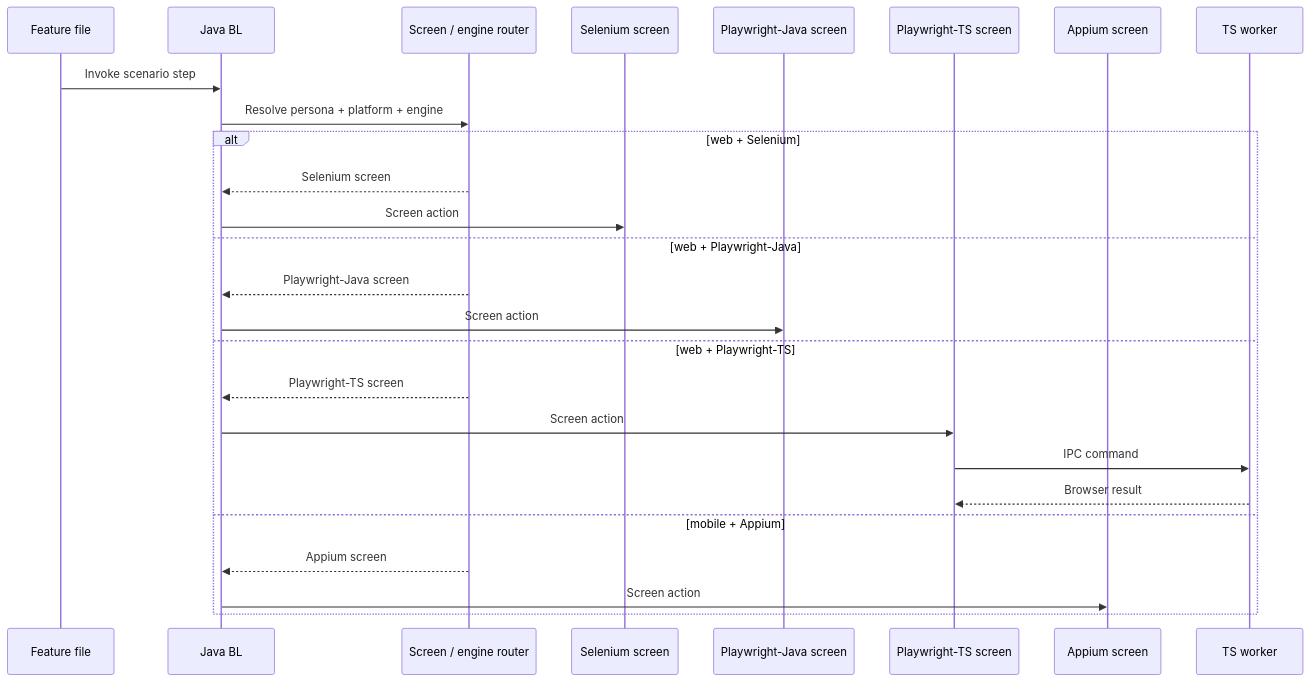
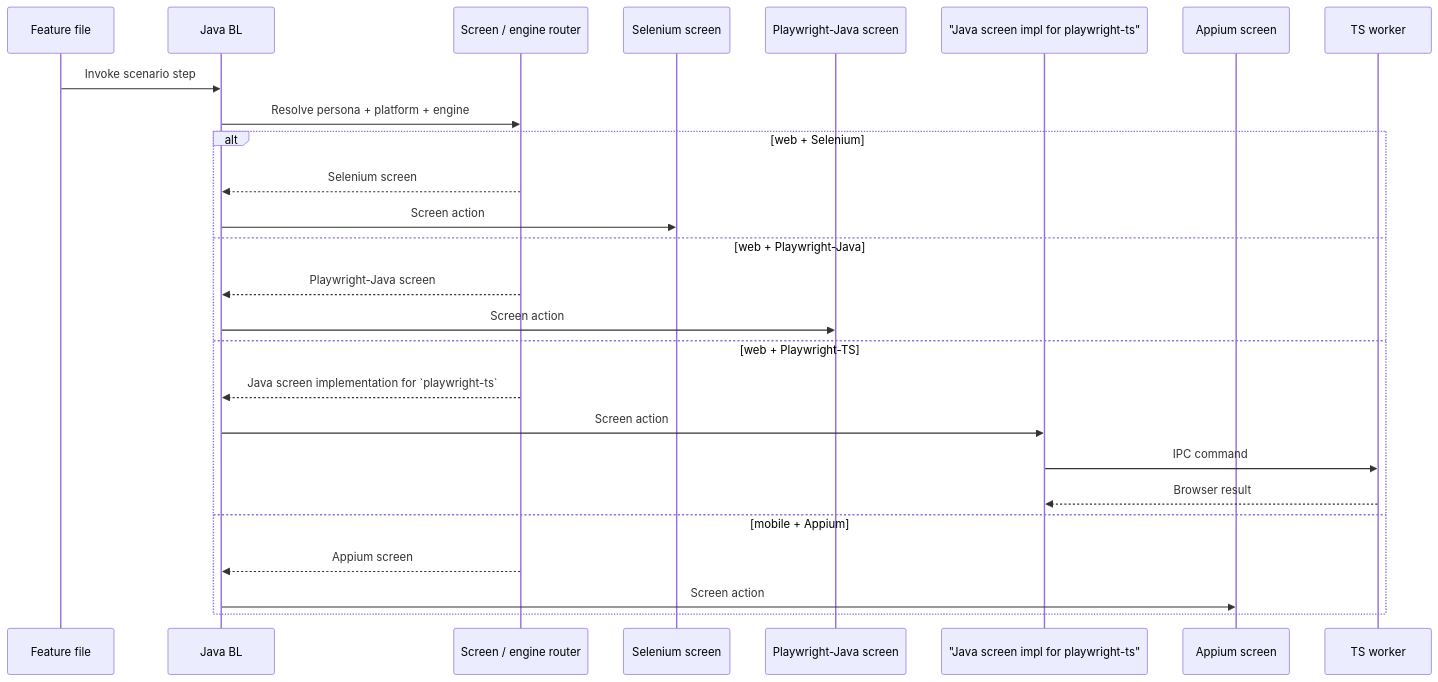
Before and after one commit to znsio/teswiz: the second of 3 diagrams in docs/Architecture-README.md, drawn with Mermaid. The commit also changed other lines of this file and 6 other files, not shown here.

Commit message:
Add Playwright TS Google Search screens and local web config     Clarify playwright-ts screen terminology in docs

````diff
--- a/docs/Architecture-README.md
+++ b/docs/Architecture-README.md
@@ -48,29 +48,29 @@
 ```mermaid
 sequenceDiagram
     participant Feature as Feature file
     participant BL as Java BL
     participant Router as Screen / engine router
     participant Se as Selenium screen
     participant PJ as Playwright-Java screen
-    participant PT as Playwright-TS screen
+    participant PT as "Java screen impl for playwright-ts"
     participant App as Appium screen
     participant Worker as TS worker
 
     Feature->>BL: Invoke scenario step
     BL->>Router: Resolve persona + platform + engine
     alt web + Selenium
         Router-->>BL: Selenium screen
         BL->>Se: Screen action
     else web + Playwright-Java
         Router-->>BL: Playwright-Java screen
         BL->>PJ: Screen action
     else web + Playwright-TS
-        Router-->>BL: Playwright-TS screen
+        Router-->>BL: Java screen implementation for `playwright-ts`
         BL->>PT: Screen action
         PT->>Worker: IPC command
         Worker-->>PT: Browser result
     else mobile + Appium
         Router-->>BL: Appium screen
         BL->>App: Screen action
     end
 ```
````
